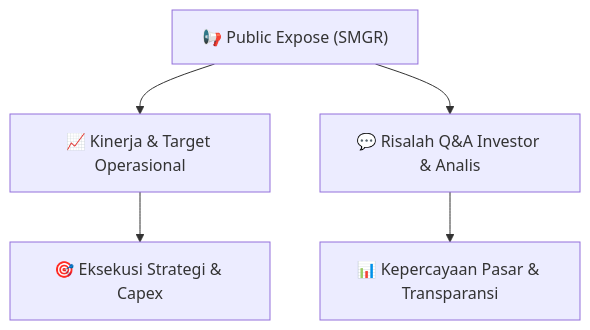
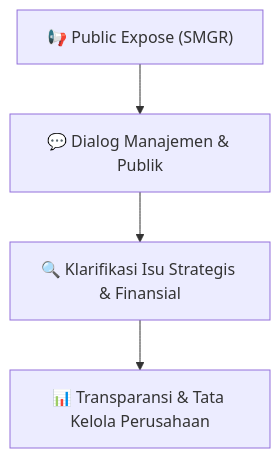
Before and after one commit to anYoneo/alphadigest-idx: the diagram in reports/summaries/public-exposes/hasil-pubex/SMGR_Public_Expose_20260911.md, drawn with Mermaid. The commit also changed other lines of this file and 526 other files, not shown here.

````diff
--- a/reports/summaries/public-exposes/hasil-pubex/SMGR_Public_Expose_20260911.md
+++ b/reports/summaries/public-exposes/hasil-pubex/SMGR_Public_Expose_20260911.md
@@ -15,7 +839,6 @@
 ```mermaid
 flowchart TD
-    A["📢 Public Expose (SMGR)"] --> B["📈 Kinerja & Target Operasional"]
-    A --> C["💬 Risalah Q&A Investor & Analis"]
-    B --> D["🎯 Eksekusi Strategi & Capex"]
-    C --> E["📊 Kepercayaan Pasar & Transparansi"]
+    A["📢 Public Expose (SMGR)"] --> B["💬 Dialog Manajemen & Publik"]
+    B --> C["🔍 Klarifikasi Isu Strategis & Finansial"]
+    C --> D["📊 Transparansi & Tata Kelola Perusahaan"]
 ```
````
